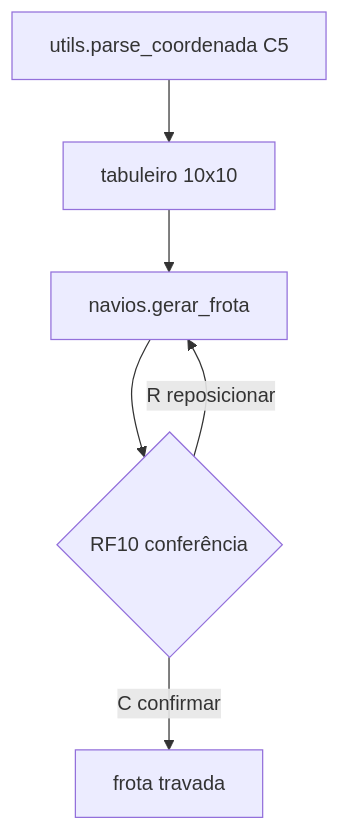
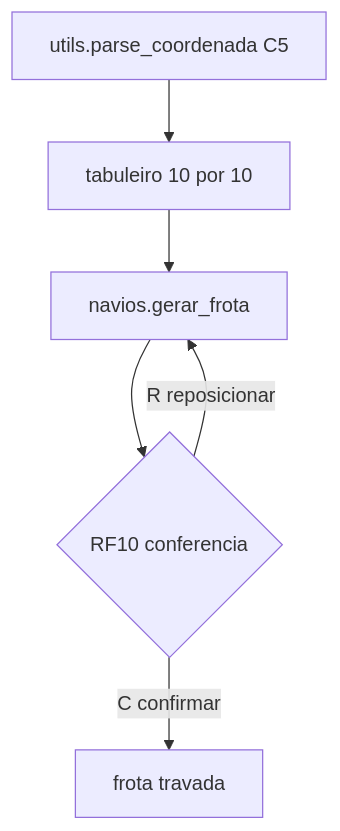
The diagram in README.md (KairoHenrique/batalha-naval), drawn with Mermaid before and after one commit.

Commit message:
docs: corrige diagrama mermaid que nao renderizava no README

````diff
--- a/README.md
+++ b/README.md
@@ -78,8 +78,8 @@
 ```mermaid
 flowchart TD
-    A["utils.parse_coordenada C5"] --> B["tabuleiro 10x10"]
-    B --> C["navios.gerar_frota"]
-    C --> D{"RF10 conferência"}
-    D -->|"C confirmar"| E["frota travada"]
-    D -->|"R reposicionar"| C
+    parseCoord["utils.parse_coordenada C5"] --> board["tabuleiro 10 por 10"]
+    board --> gerarFrota["navios.gerar_frota"]
+    gerarFrota --> conferencia{"RF10 conferencia"}
+    conferencia -->|C confirmar| frotaOk["frota travada"]
+    conferencia -->|R reposicionar| gerarFrota
 ```
````
